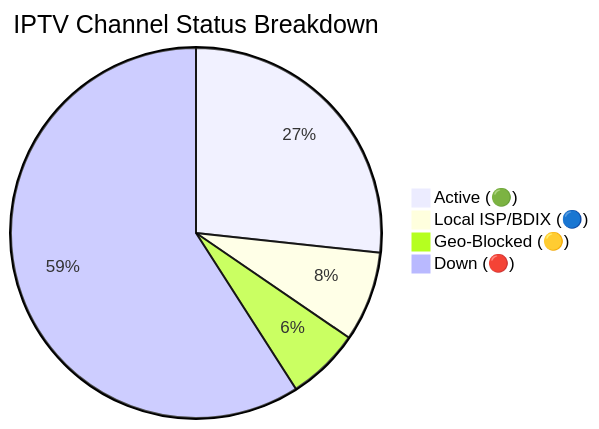
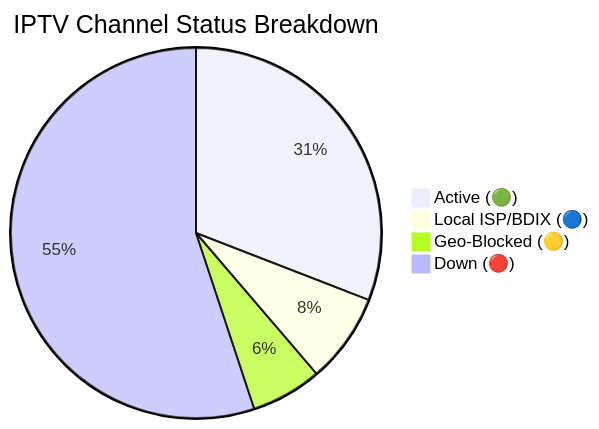
Before and after one commit to Zaman-Topu/Ip-tv-Collection: the diagram in README.md, drawn with Mermaid. The commit also changed other lines of this file and 6 other files, not shown here.

````diff
--- a/README.md
+++ b/README.md
@@ -118,7 +118,7 @@
 ```mermaid
 pie title IPTV Channel Status Breakdown
-    "Active (🟢)" : 9042
-    "Local ISP/BDIX (🔵)" : 2659
-    "Geo-Blocked (🟡)" : 2160
-    "Down (🔴)" : 20001
+    "Active (🟢)" : 10457
+    "Local ISP/BDIX (🔵)" : 2657
+    "Geo-Blocked (🟡)" : 2095
+    "Down (🔴)" : 18650
 ```
````
